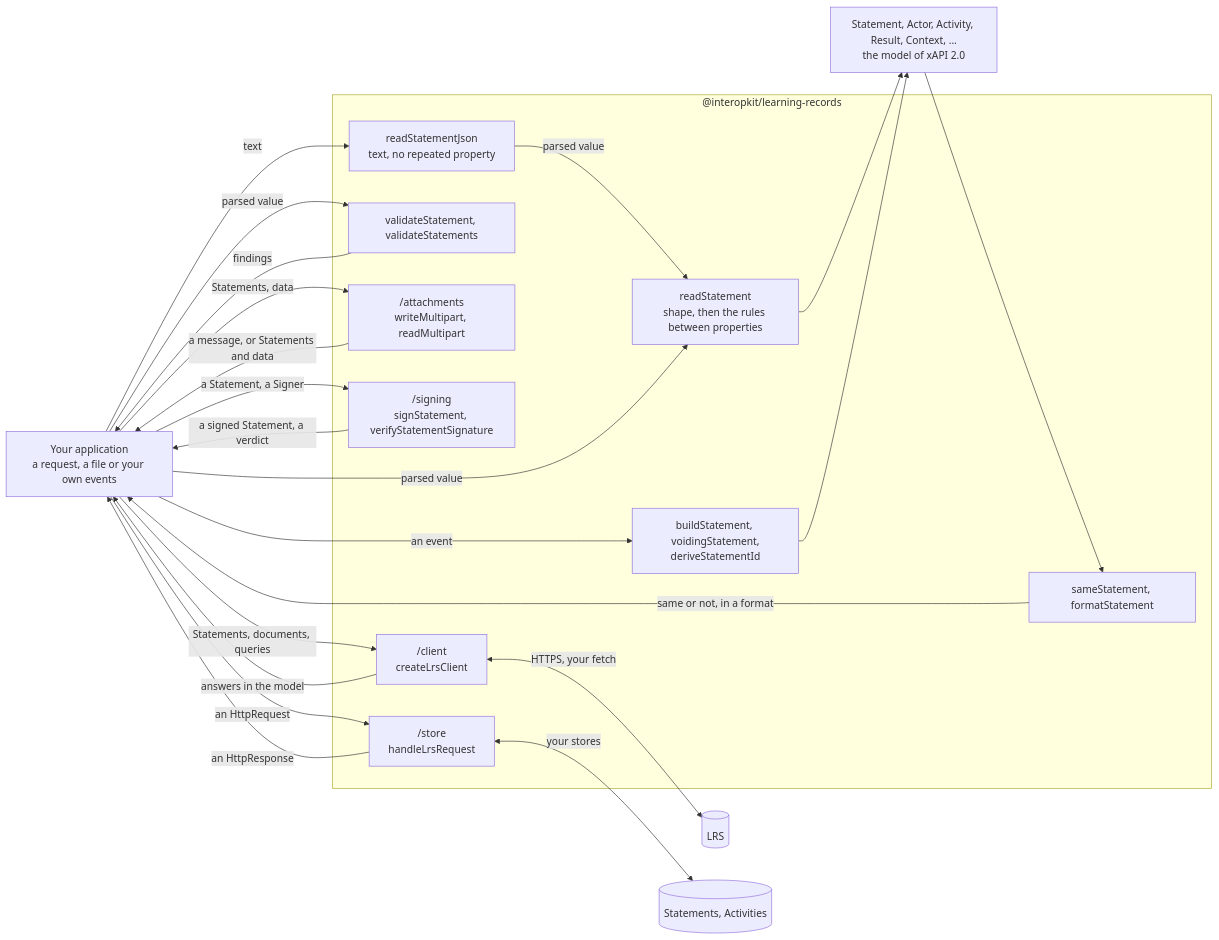
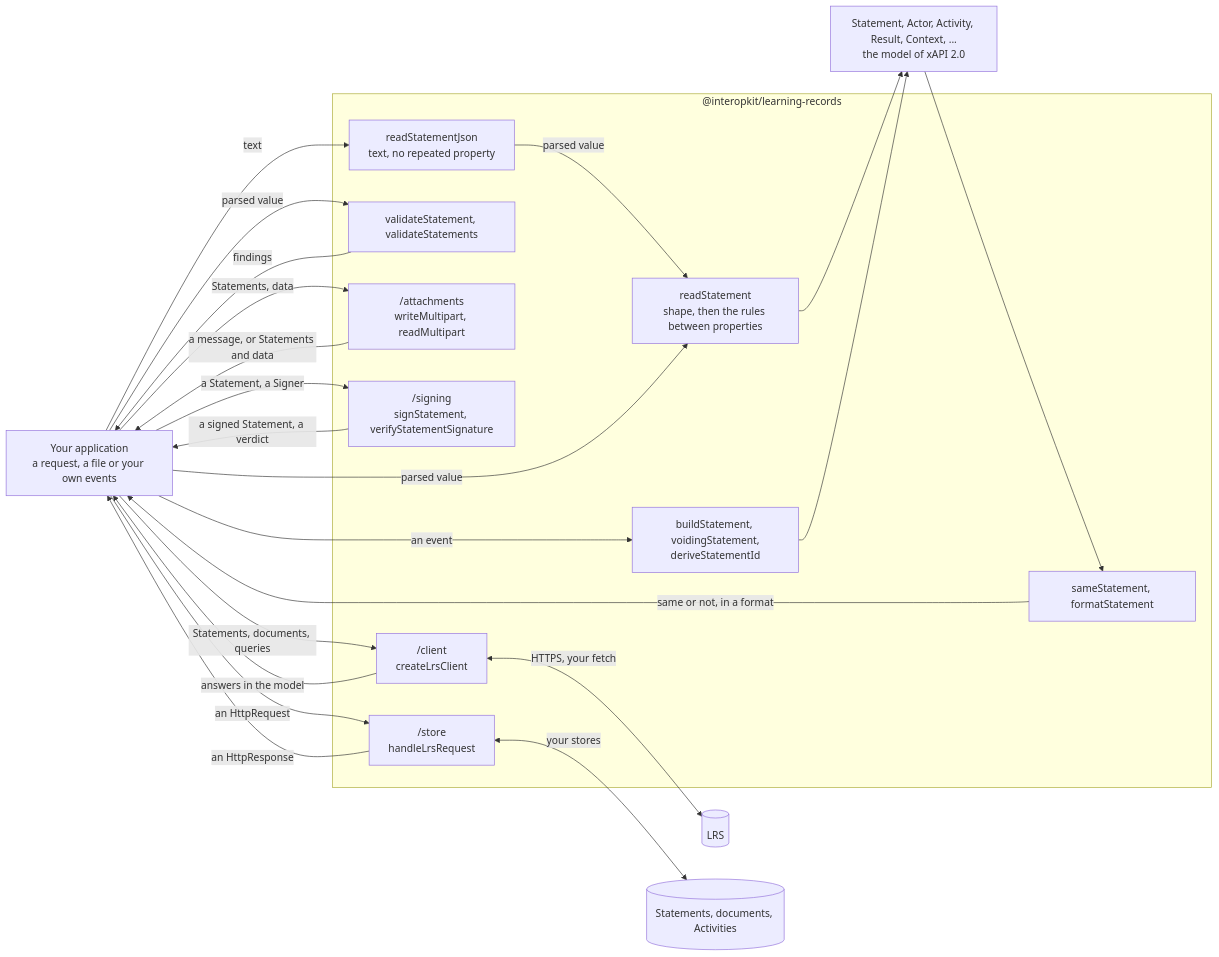
The diagram in packages/learning-records/README.md (interopkit/interopkit), drawn with Mermaid before and after one commit. The commit also changed other lines of this file and 32 other files, not shown here.

First line of the commit message:
Add documents, Agents, Activities and About to the LRS handler

````diff
--- a/packages/learning-records/README.md
+++ b/packages/learning-records/README.md
@@ -8,36 +8,36 @@
 ```mermaid
 flowchart LR
   host["Your application<br/>a request, a file or your own events"]
   subgraph pkg["@interopkit/learning-records"]
     json["readStatementJson<br/>text, no repeated property"]
     read["readStatement<br/>shape, then the rules between properties"]
     validate["validateStatement, validateStatements"]
     build["buildStatement, voidingStatement,<br/>deriveStatementId"]
     compare["sameStatement, formatStatement"]
     attachments["/attachments<br/>writeMultipart, readMultipart"]
     signing["/signing<br/>signStatement, verifyStatementSignature"]
     client["/client<br/>createLrsClient"]
     store["/store<br/>handleLrsRequest"]
   end
   model["Statement, Actor, Activity, Result, Context, ...<br/>the model of xAPI 2.0"]
   host -->|"text"| json
   json -->|"parsed value"| read
   host -->|"parsed value"| read
   read --> model
   host -->|"parsed value"| validate
   validate -->|"findings"| host
   host -->|"an event"| build
   build --> model
   model --> compare
   compare -->|"same or not, in a format"| host
   host -->|"Statements, data"| attachments
   attachments -->|"a message, or Statements and data"| host
   host -->|"a Statement, a Signer"| signing
   signing -->|"a signed Statement, a verdict"| host
   host -->|"Statements, documents, queries"| client
   client -->|"answers in the model"| host
   client <-->|"HTTPS, your fetch"| lrs[("LRS")]
   host -->|"an HttpRequest"| store
   store -->|"an HttpResponse"| host
-  store <-->|"your stores"| ports[("Statements, Activities")]
+  store <-->|"your stores"| ports[("Statements, documents, Activities")]
 ```
````
